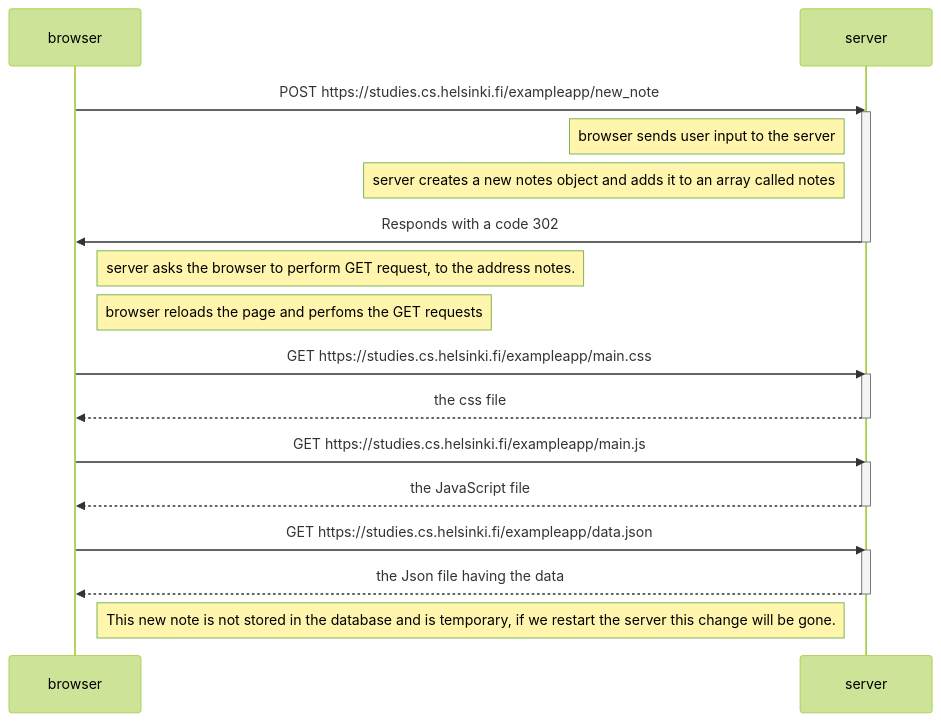
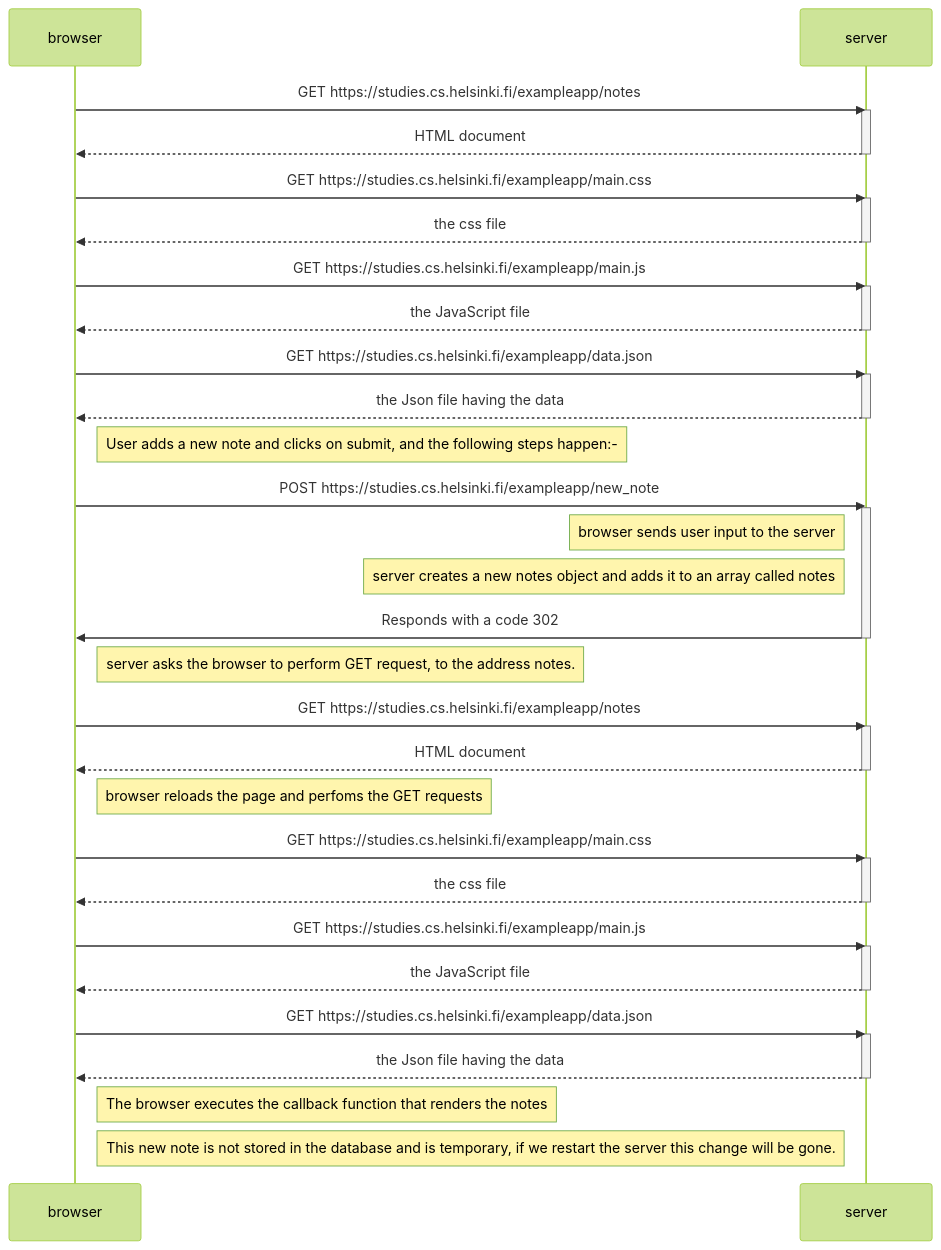
Before and after one commit to LightCreator1007/FullStackOpen_arunit: the diagram in part0/ex4.md, drawn with Mermaid (forest theme). The commit also changed 1 other file, not shown here.

````diff
--- a/part0/ex4.md
+++ b/part0/ex4.md
@@ -1,37 +1,68 @@
 ```mermaid
 sequenceDiagram
     participant browser
     participant server
+
+browser->>server: GET https://studies.cs.helsinki.fi/exampleapp/notes
+activate server
+server-->>browser: HTML document
+deactivate server
+
+browser->>server: GET https://studies.cs.helsinki.fi/exampleapp/main.css
+activate server
+server-->>browser: the css file
+deactivate server
+
+browser->>server: GET https://studies.cs.helsinki.fi/exampleapp/main.js
+activate server
+server-->>browser: the JavaScript file
+deactivate server
+
+browser->>server: GET https://studies.cs.helsinki.fi/exampleapp/data.json
+activate server
+server-->>browser: the Json file having the data
+deactivate server
+
+
+Note right of browser: User adds a new note and clicks on submit, and the following steps happen:-
+
 browser->>server: POST https://studies.cs.helsinki.fi/exampleapp/new_note
 
 activate server
 
 Note left of server: browser sends user input to the server
 
 Note left of server: server creates a new notes object and adds it to an array called notes
 
  
 server->>browser: Responds with a code 302
 deactivate server
 
 Note right of browser: server asks the browser to perform GET request, to the address notes.
+
+browser->>server: GET https://studies.cs.helsinki.fi/exampleapp/notes
+activate server
+server-->>browser: HTML document
+deactivate server
 
 Note right of browser: browser reloads the page and perfoms the GET requests
 
 browser->>server: GET https://studies.cs.helsinki.fi/exampleapp/main.css
 activate server
 server-->>browser: the css file
 deactivate server
 
 browser->>server: GET https://studies.cs.helsinki.fi/exampleapp/main.js
 activate server
 server-->>browser: the JavaScript file
 deactivate server
 
 browser->>server: GET https://studies.cs.helsinki.fi/exampleapp/data.json
 activate server
 server-->>browser: the Json file having the data
 deactivate server
 
+Note right of browser: The browser executes the callback function that renders the notes
+
 Note right of browser: This new note is not stored in the database and is temporary, if we restart the server this change will be gone.
 ```
````
